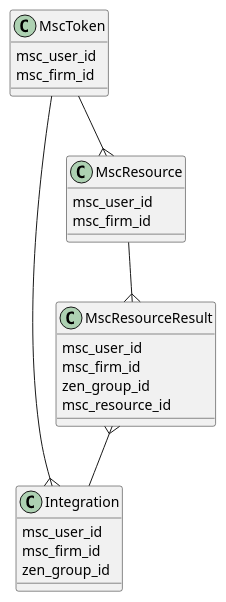
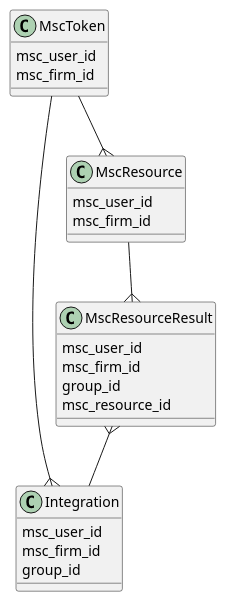
Before and after one commit to Bolid1/msc-zen-integration: the third of 3 diagrams in README.md, drawn with PlantUML. The commit also changed other lines of this file and 15 other files, not shown here.

````diff
--- a/README.md
+++ b/README.md
@@ -199,33 +199,33 @@
 ```plantuml
 @startuml
 
 MscToken --{ Integration
 MscToken --{ MscResource
 MscResource --{ MscResourceResult
 MscResourceResult }-- Integration
 
 class MscToken {
     msc_user_id
     msc_firm_id
 }
 
 class MscResourceResult {
     msc_user_id
     msc_firm_id
-    zen_group_id
+    group_id
     msc_resource_id
 }
 
 class MscResource {
     msc_user_id
     msc_firm_id
 }
 
 class Integration {
     msc_user_id
     msc_firm_id
-    zen_group_id
+    group_id
 }
 
 @enduml
 ```
````
